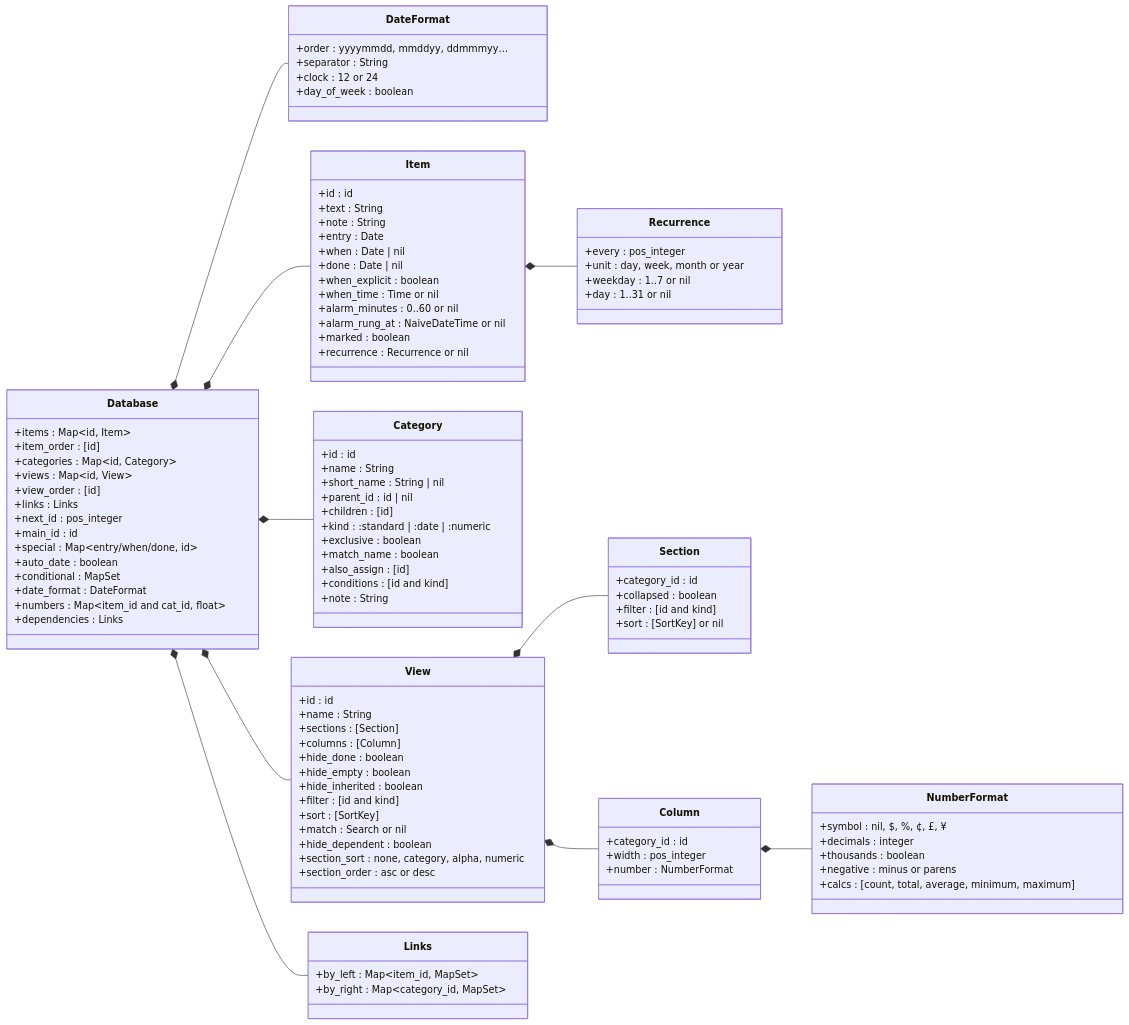
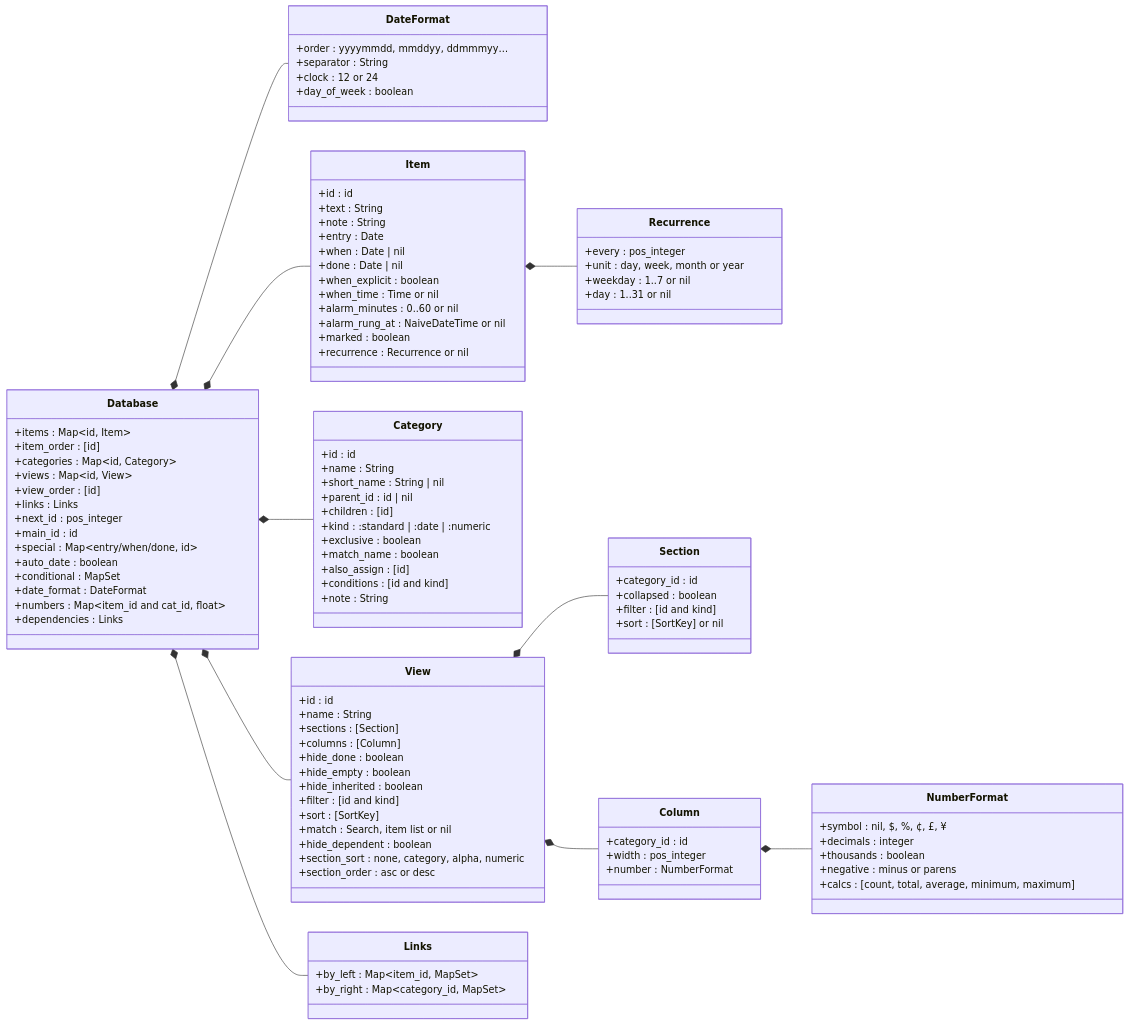
Before and after one commit to jamting/agendum: the second of 6 diagrams in docs/DATA_MODEL.md, drawn with Mermaid. The commit also changed other lines of this file and 6 other files, not shown here.

```diff
--- a/docs/DATA_MODEL.md
+++ b/docs/DATA_MODEL.md
@@ -166,7 +166,7 @@
         +hide_inherited : boolean
         +filter : [id and kind]
         +sort : [SortKey]
-        +match : Search or nil
+        +match : Search, item list or nil
         +hide_dependent : boolean
         +section_sort : none, category, alpha, numeric
         +section_order : asc or desc
```
